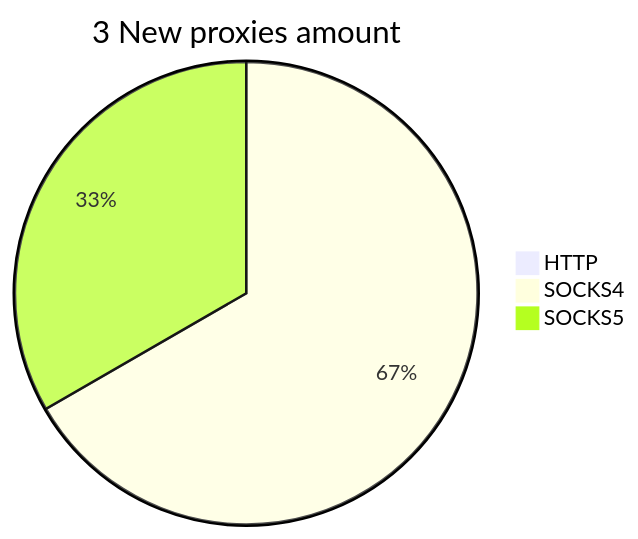
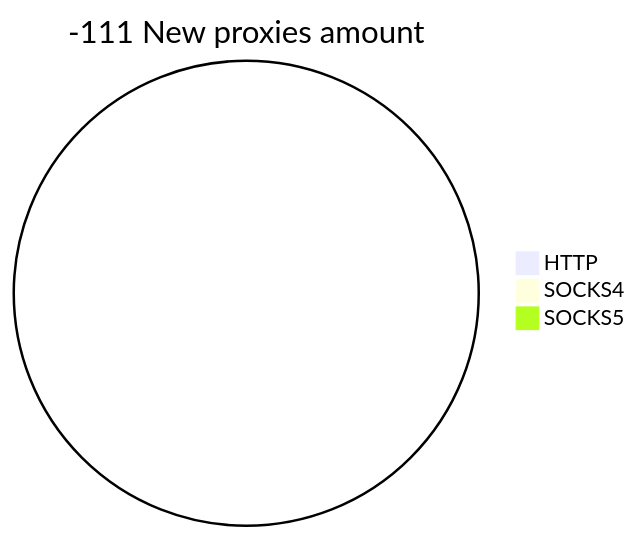
One commit to cutipu/proxylist changed the second of 2 diagrams in README.md. Above: the diagram before and after it, drawn with Mermaid. The commit also changed other lines of this file, not shown here.

````diff
--- a/README.md
+++ b/README.md
@@ -10,6 +10,6 @@
 ```mermaid
-pie title 3 New proxies amount
+pie title -111 New proxies amount
     "HTTP" : 0
-    "SOCKS4" : 2
-    "SOCKS5" : 1
+    "SOCKS4" : 0
+    "SOCKS5" : 0
 ```
````
